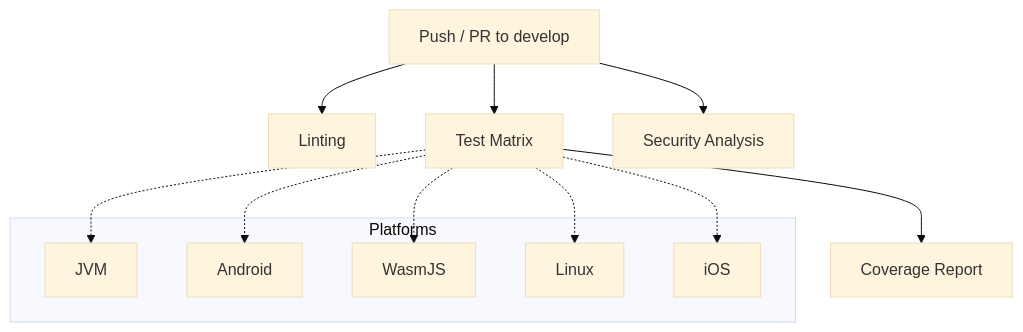
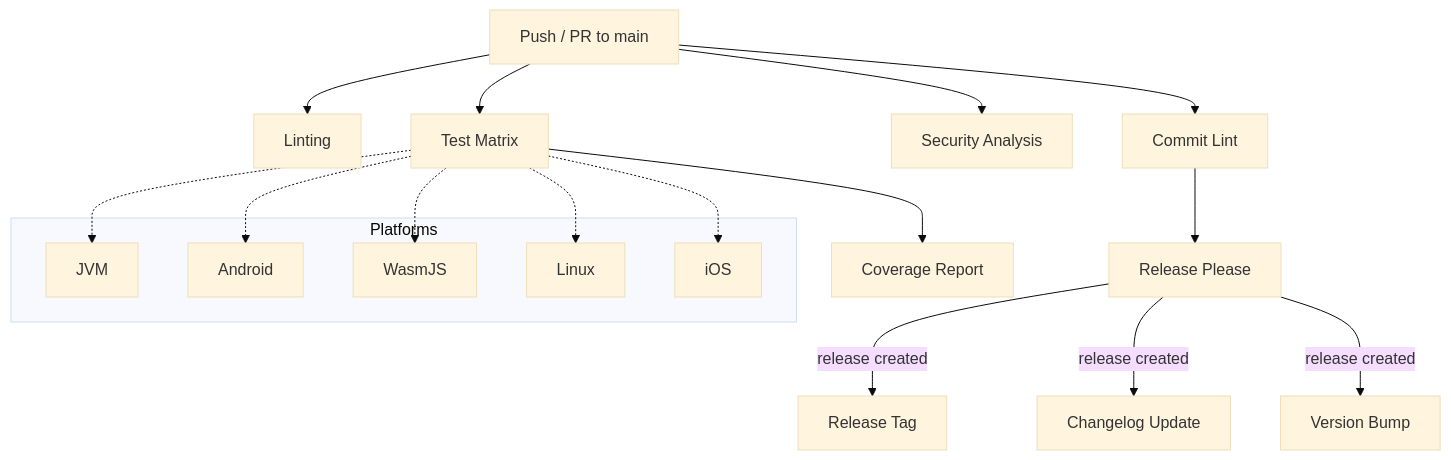
The diagram in docs/CI_CD.md (emmanuel-pastor/fake-progress-lib), drawn with Mermaid (base theme) before and after one commit. The commit also changed other lines of this file and 9 other files, not shown here.

````diff
--- a/docs/CI_CD.md
+++ b/docs/CI_CD.md
@@ -13,21 +13,26 @@
 ```mermaid
 graph TD
-  Trigger[Push / PR to develop] --> Lint[Linting]
+  Trigger[Push / PR to main] --> Lint[Linting]
   Trigger --> Test[Test Matrix]
   Trigger --> CodeQL[Security Analysis]
+  Trigger --> CommitLint[Commit Lint]
   Test --> Coverage[Coverage Report]
+  CommitLint --> ReleasePlease[Release Please]
+  ReleasePlease -->|release created| Tag[Release Tag]
+  ReleasePlease -->|release created| Changelog[Changelog Update]
+  ReleasePlease -->|release created| Version[Version Bump]
 
   subgraph Platforms
     JVM[JVM]
     Android[Android]
     Wasm[WasmJS]
     Linux[Linux]
     iOS[iOS]
   end
 
   Test -.-> JVM
   Test -.-> Android
   Test -.-> Wasm
   Test -.-> Linux
   Test -.-> iOS
 ```
````
